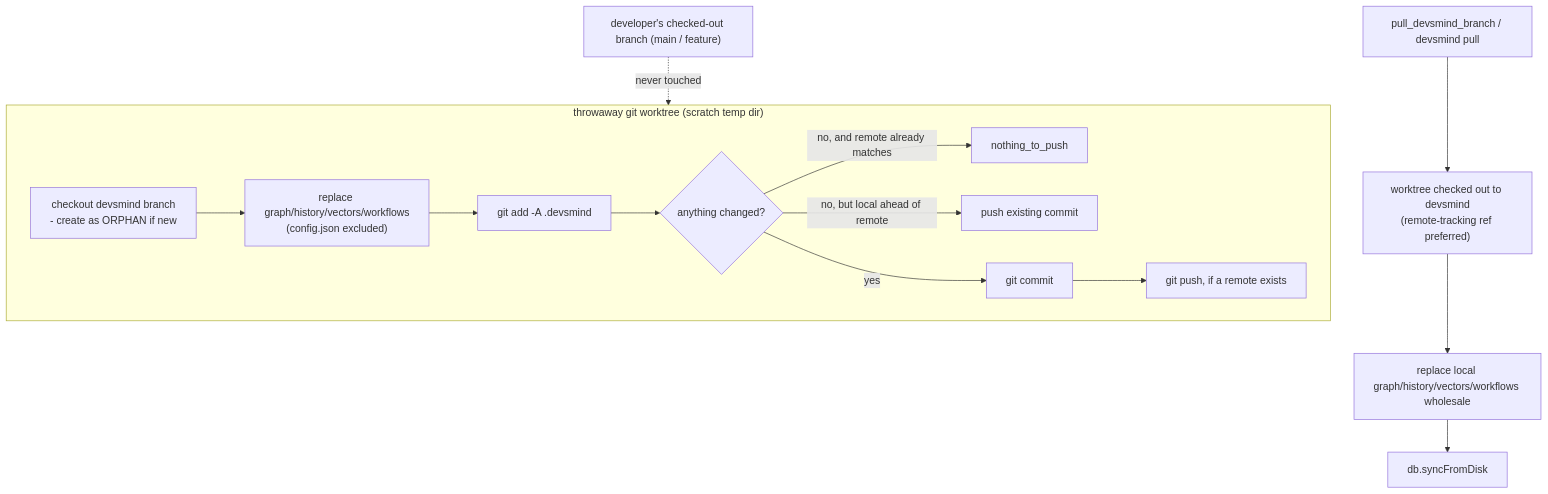
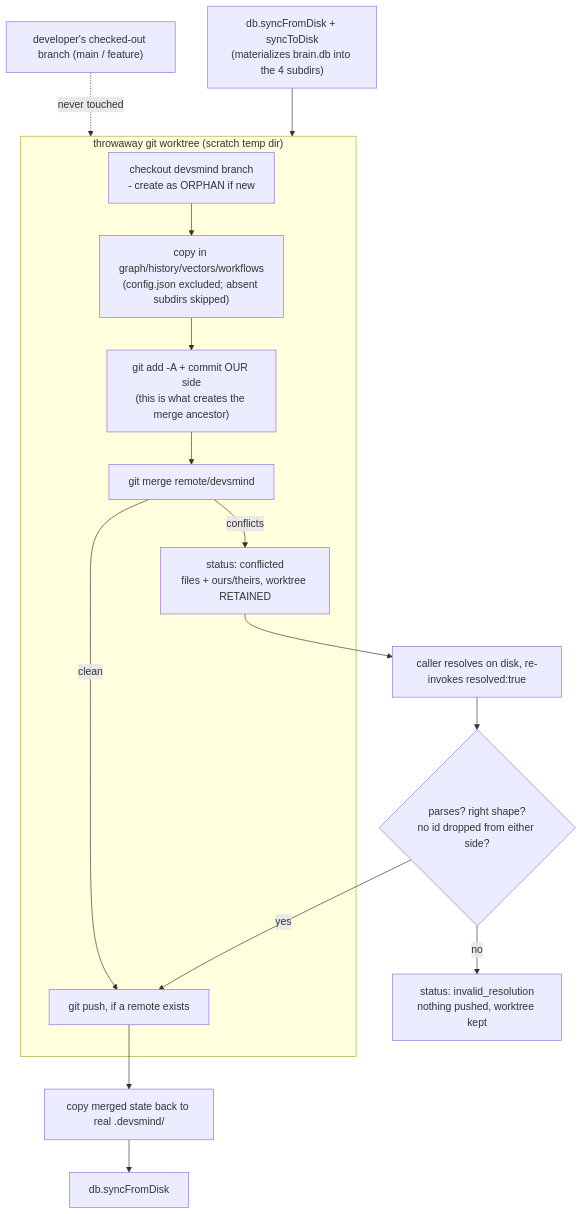
One commit to Abialidr/devsmind-mcp changed diagram 18 of 19 in FUNCTIONALITY_MAP.md. Above: the diagram before and after it, drawn with Mermaid. The commit also changed other lines of this file and 19 other files, not shown here.

````diff
--- a/FUNCTIONALITY_MAP.md
+++ b/FUNCTIONALITY_MAP.md
@@ -818,15 +830,17 @@
 ```mermaid
 flowchart TD
   DEV["developer's checked-out branch (main / feature)"] -.never touched.-> WT
+  FLUSH["db.syncFromDisk + syncToDisk<br/>(materializes brain.db into the 4 subdirs)"] --> WT
   subgraph WT["throwaway git worktree (scratch temp dir)"]
-    SETUP[checkout devsmind branch<br/>- create as ORPHAN if new] --> COPY["replace graph/history/vectors/workflows<br/>(config.json excluded)"]
-    COPY --> ADD[git add -A .devsmind]
-    ADD --> CHECK{anything changed?}
-    CHECK -->|no, and remote already matches| NOOP[nothing_to_push]
-    CHECK -->|no, but local ahead of remote| PUSH1[push existing commit]
-    CHECK -->|yes| COMMIT[git commit] --> PUSH2[git push, if a remote exists]
+    SETUP[checkout devsmind branch<br/>- create as ORPHAN if new] --> COPY["copy in graph/history/vectors/workflows<br/>(config.json excluded; absent subdirs skipped)"]
+    COPY --> COMMIT["git add -A + commit OUR side<br/>(this is what creates the merge ancestor)"]
+    COMMIT --> MERGE[git merge remote/devsmind]
+    MERGE -->|clean| PUSH[git push, if a remote exists]
+    MERGE -->|conflicts| CONF["status: conflicted<br/>files + ours/theirs, worktree RETAINED"]
   end
-  PULL[pull_devsmind_branch / devsmind pull] --> WT2["worktree checked out to devsmind<br/>(remote-tracking ref preferred)"]
-  WT2 --> REPLACE["replace local graph/history/vectors/workflows wholesale"]
-  REPLACE --> SYNC[db.syncFromDisk]
+  CONF --> AI["caller resolves on disk, re-invokes resolved:true"]
+  AI --> VALIDATE{"parses? right shape?<br/>no id dropped from either side?"}
+  VALIDATE -->|no| REJECT["status: invalid_resolution<br/>nothing pushed, worktree kept"]
+  VALIDATE -->|yes| PUSH
+  PUSH --> BACK["copy merged state back to real .devsmind/"] --> SYNC[db.syncFromDisk]
 ```
````
